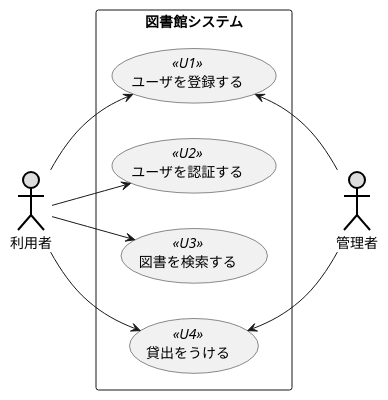
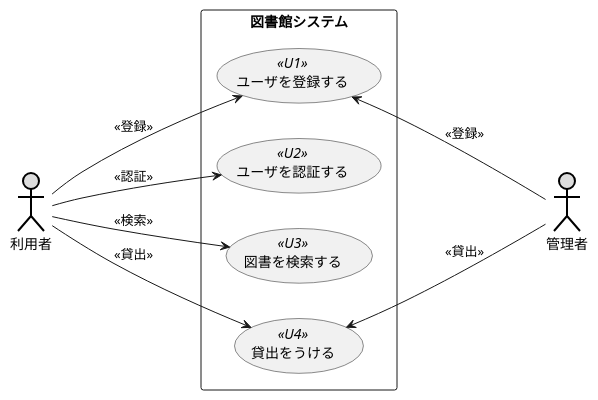
The diagram in 例題3_UC_図書館システム.pu (kikuchitokumasa/uml-introduction), drawn with PlantUML before and after one commit.

Commit message:
線の文字の追加

```diff
--- a/例題3_UC_図書館システム.pu
+++ b/例題3_UC_図書館システム.pu
@@ -1,17 +1,17 @@
 @startuml 例題3
 left to right direction
-actor 利用者#DDDDDD;line:black;line.bold;
+actor 利用者 as user #DDDDDD;line:black;line.bold;
 actor 管理者#DDDDDD;line:black;line.bold;
 rectangle 図書館システム {
-usecase ユーザを登録する << U1 >>
+usecase ユーザを登録する as T << U1 >> 
 usecase ユーザを認証する << U2 >>
 usecase 図書を検索する << U3 >>
 usecase 貸出をうける << U4 >>
 }
-利用者--> ユーザを登録する
-利用者--> ユーザを認証する
-利用者--> 図書を検索する
-利用者--> 貸出をうける
-ユーザを登録する <-- 管理者
-貸出をうける <-- 管理者
+user---> T :<< 登録 >>
+user---> ユーザを認証する:<< 認証 >>
+user---> 図書を検索する:<< 検索 >>
+user---> 貸出をうける:<< 貸出 >>
+T <--- 管理者:<< 登録 >>
+貸出をうける <--- 管理者:<< 貸出 >>
 @enduml
```
